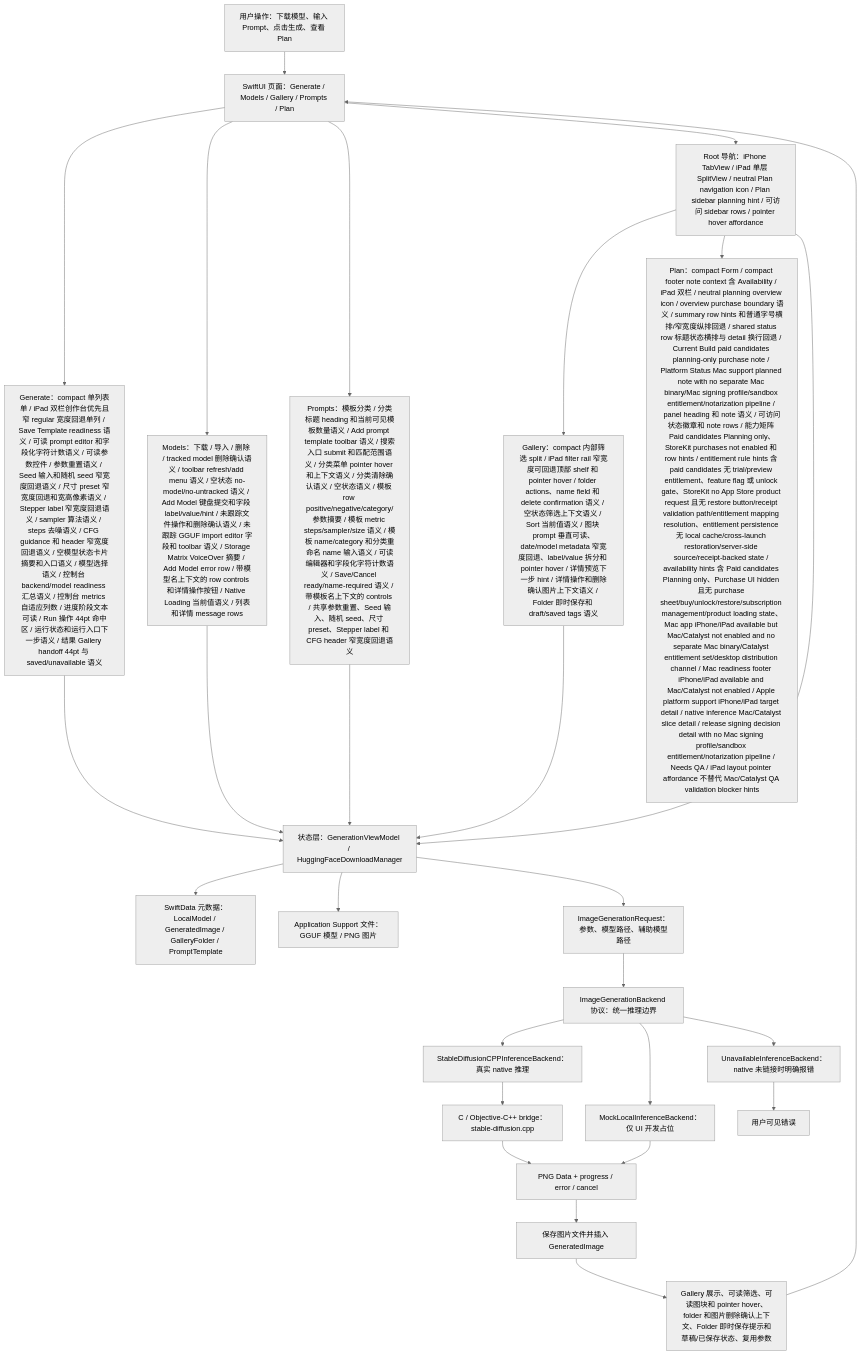
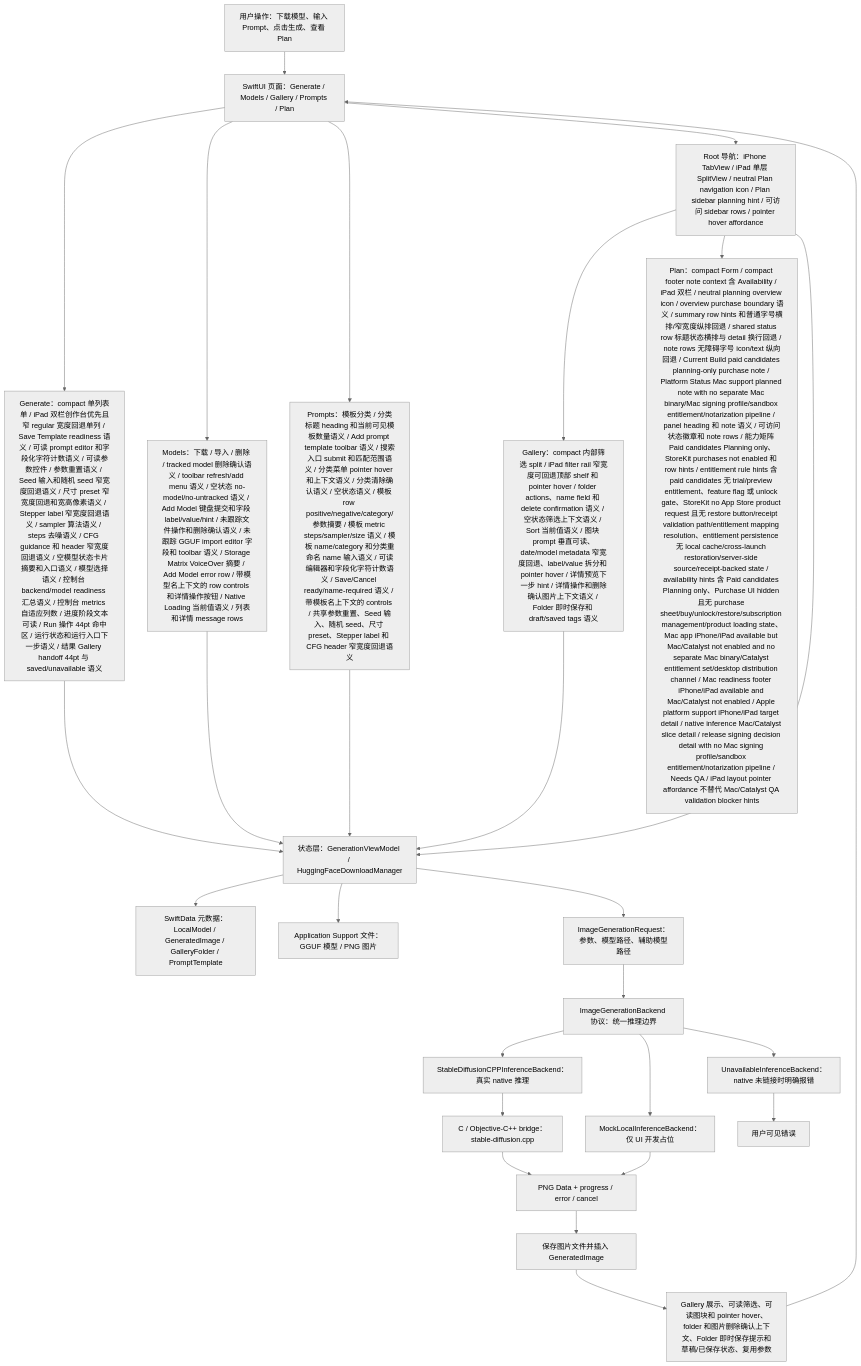
The first of 7 diagrams in md/flow/flowchart.md (Altman-sam114/118), drawn with Mermaid (neutral theme) before and after one commit. The commit also changed 5 other files, not shown here.

First line of the commit message:
v1.134: Plan note row fallback

````diff
--- a/md/flow/flowchart.md
+++ b/md/flow/flowchart.md
@@ -9,29 +9,29 @@
 ```mermaid
 flowchart TD
   U["用户操作：下载模型、输入 Prompt、点击生成、查看 Plan"] --> UI["SwiftUI 页面：Generate / Models / Gallery / Prompts / Plan"]
   UI --> GENUI["Generate：compact 单列表单 / iPad 双栏创作台优先且窄 regular 宽度回退单列 / Save Template readiness 语义 / 可读 prompt editor 和字段化字符计数语义 / 可读参数控件 / 参数重置语义 / Seed 输入和随机 seed 窄宽度回退语义 / 尺寸 preset 窄宽度回退和宽高像素语义 / Stepper label 窄宽度回退语义 / sampler 算法语义 / steps 去噪语义 / CFG guidance 和 header 窄宽度回退语义 / 空模型状态卡片摘要和入口语义 / 模型选择语义 / 控制台 backend/model readiness 汇总语义 / 控制台 metrics 自适应列数 / 进度阶段文本可读 / Run 操作 44pt 命中区 / 运行状态和运行入口下一步语义 / 结果 Gallery handoff 44pt 与 saved/unavailable 语义"]
   UI --> MODELUI["Models：下载 / 导入 / 删除 / tracked model 删除确认语义 / toolbar refresh/add menu 语义 / 空状态 no-model/no-untracked 语义 / Add Model 键盘提交和字段 label/value/hint / 未跟踪文件操作和删除确认语义 / 未跟踪 GGUF import editor 字段和 toolbar 语义 / Storage Matrix VoiceOver 摘要 / Add Model error row / 带模型名上下文的 row controls 和详情操作按钮 / Native Loading 当前值语义 / 列表和详情 message rows"]
   UI --> PROMPTUI["Prompts：模板分类 / 分类标题 heading 和当前可见模板数量语义 / Add prompt template toolbar 语义 / 搜索入口 submit 和匹配范围语义 / 分类菜单 pointer hover 和上下文语义 / 分类清除确认语义 / 空状态语义 / 模板 row positive/negative/category/参数摘要 / 模板 metric steps/sampler/size 语义 / 模板 name/category 和分类重命名 name 输入语义 / 可读编辑器和字段化字符计数语义 / Save/Cancel ready/name-required 语义 / 带模板名上下文的 controls / 共享参数重置、Seed 输入、随机 seed、尺寸 preset、Stepper label 和 CFG header 窄宽度回退语义"]
   UI --> NAV["Root 导航：iPhone TabView / iPad 单层 SplitView / neutral Plan navigation icon / Plan sidebar planning hint / 可访问 sidebar rows / pointer hover affordance"]
   NAV --> GALUI["Gallery：compact 内部筛选 split / iPad filter rail 窄宽度可回退顶部 shelf 和 pointer hover / folder actions、name field 和 delete confirmation 语义 / 空状态筛选上下文语义 / Sort 当前值语义 / 图块 prompt 垂直可读、date/model metadata 窄宽度回退、label/value 拆分和 pointer hover / 详情预览下一步 hint / 详情操作和删除确认图片上下文语义 / Folder 即时保存和 draft/saved tags 语义"]
-  NAV --> PLANUI["Plan：compact Form / compact footer note context 含 Availability / iPad 双栏 / neutral planning overview icon / overview purchase boundary 语义 / summary row hints 和普通字号横排/窄宽度纵排回退 / shared status row 标题状态横排与 detail 换行回退 / Current Build paid candidates planning-only purchase note / Platform Status Mac support planned note with no separate Mac binary/Mac signing profile/sandbox entitlement/notarization pipeline / panel heading 和 note 语义 / 可访问状态徽章和 note rows / 能力矩阵 Paid candidates Planning only、StoreKit purchases not enabled 和 row hints / entitlement rule hints 含 paid candidates 无 trial/preview entitlement、feature flag 或 unlock gate、StoreKit no App Store product request 且无 restore button/receipt validation path/entitlement mapping resolution、entitlement persistence 无 local cache/cross-launch restoration/server-side source/receipt-backed state / availability hints 含 Paid candidates Planning only、Purchase UI hidden 且无 purchase sheet/buy/unlock/restore/subscription management/product loading state、Mac app iPhone/iPad available but Mac/Catalyst not enabled and no separate Mac binary/Catalyst entitlement set/desktop distribution channel / Mac readiness footer iPhone/iPad available and Mac/Catalyst not enabled / Apple platform support iPhone/iPad target detail / native inference Mac/Catalyst slice detail / release signing decision detail with no Mac signing profile/sandbox entitlement/notarization pipeline / Needs QA / iPad layout pointer affordance 不替代 Mac/Catalyst QA validation blocker hints"]
+  NAV --> PLANUI["Plan：compact Form / compact footer note context 含 Availability / iPad 双栏 / neutral planning overview icon / overview purchase boundary 语义 / summary row hints 和普通字号横排/窄宽度纵排回退 / shared status row 标题状态横排与 detail 换行回退 / note rows 无障碍字号 icon/text 纵向回退 / Current Build paid candidates planning-only purchase note / Platform Status Mac support planned note with no separate Mac binary/Mac signing profile/sandbox entitlement/notarization pipeline / panel heading 和 note 语义 / 可访问状态徽章和 note rows / 能力矩阵 Paid candidates Planning only、StoreKit purchases not enabled 和 row hints / entitlement rule hints 含 paid candidates 无 trial/preview entitlement、feature flag 或 unlock gate、StoreKit no App Store product request 且无 restore button/receipt validation path/entitlement mapping resolution、entitlement persistence 无 local cache/cross-launch restoration/server-side source/receipt-backed state / availability hints 含 Paid candidates Planning only、Purchase UI hidden 且无 purchase sheet/buy/unlock/restore/subscription management/product loading state、Mac app iPhone/iPad available but Mac/Catalyst not enabled and no separate Mac binary/Catalyst entitlement set/desktop distribution channel / Mac readiness footer iPhone/iPad available and Mac/Catalyst not enabled / Apple platform support iPhone/iPad target detail / native inference Mac/Catalyst slice detail / release signing decision detail with no Mac signing profile/sandbox entitlement/notarization pipeline / Needs QA / iPad layout pointer affordance 不替代 Mac/Catalyst QA validation blocker hints"]
   NAV --> VM["状态层：GenerationViewModel / HuggingFaceDownloadManager"]
   GENUI --> VM
   MODELUI --> VM
   PROMPTUI --> VM
   GALUI --> VM
   VM --> SD["SwiftData 元数据：LocalModel / GeneratedImage / GalleryFolder / PromptTemplate"]
   VM --> FS["Application Support 文件：GGUF 模型 / PNG 图片"]
   VM --> REQ["ImageGenerationRequest：参数、模型路径、辅助模型路径"]
   REQ --> IFACE["ImageGenerationBackend 协议：统一推理边界"]
   IFACE --> NATIVE["StableDiffusionCPPInferenceBackend：真实 native 推理"]
   IFACE --> MOCK["MockLocalInferenceBackend：仅 UI 开发占位"]
   IFACE --> OFF["UnavailableInferenceBackend：native 未链接时明确报错"]
   NATIVE --> BRIDGE["C / Objective-C++ bridge：stable-diffusion.cpp"]
   BRIDGE --> PNG["PNG Data + progress / error / cancel"]
   MOCK --> PNG
   OFF --> ERR["用户可见错误"]
   PNG --> SAVE["保存图片文件并插入 GeneratedImage"]
   SAVE --> GALLERY["Gallery 展示、可读筛选、可读图块和 pointer hover、folder 和图片删除确认上下文、Folder 即时保存提示和草稿/已保存状态、复用参数"]
   GALLERY --> UI
 ```
````
